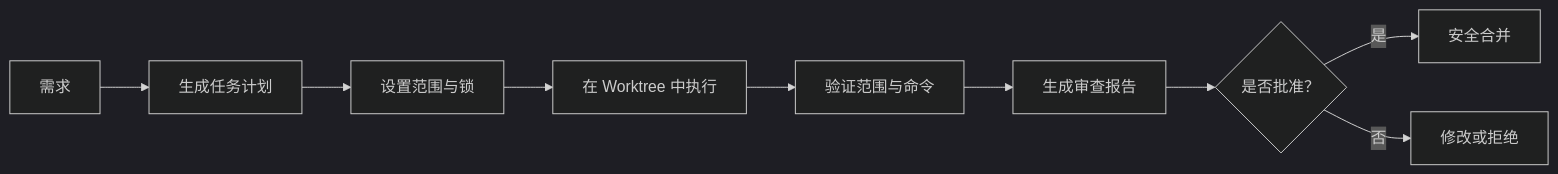
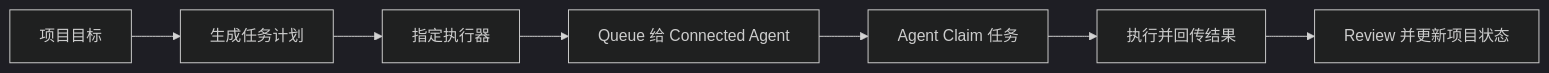
One commit to MelorTang/scopeguard changed the diagram in README.zh-CN.md. Above: the diagram before and after it, drawn with Mermaid (dark theme). The commit also changed other lines of this file and 31 other files, not shown here.

````diff
--- a/README.zh-CN.md
+++ b/README.zh-CN.md
@@ -88,11 +130,9 @@
 ```mermaid
 flowchart LR
-    A["需求"] --> B["生成任务计划"]
-    B --> C["设置范围与锁"]
-    C --> D["在 Worktree 中执行"]
-    D --> E["验证范围与命令"]
-    E --> F["生成审查报告"]
-    F --> G{"是否批准？"}
-    G -->|是| H["安全合并"]
-    G -->|否| I["修改或拒绝"]
+    A["项目目标"] --> B["生成任务计划"]
+    B --> C["指定执行器"]
+    C --> D["Queue 给 Connected Agent"]
+    D --> E["Agent Claim 任务"]
+    E --> F["执行并回传结果"]
+    F --> G["Review 并更新项目状态"]
 ```
````
